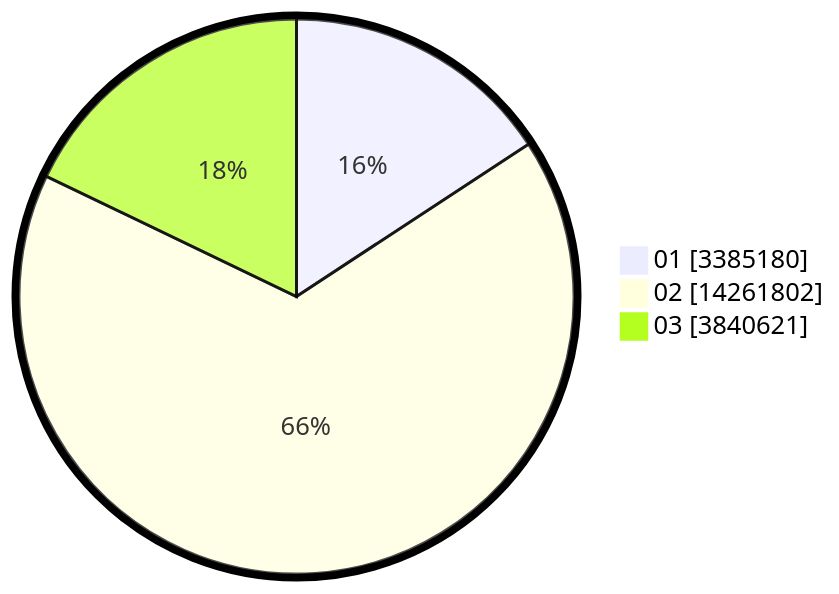
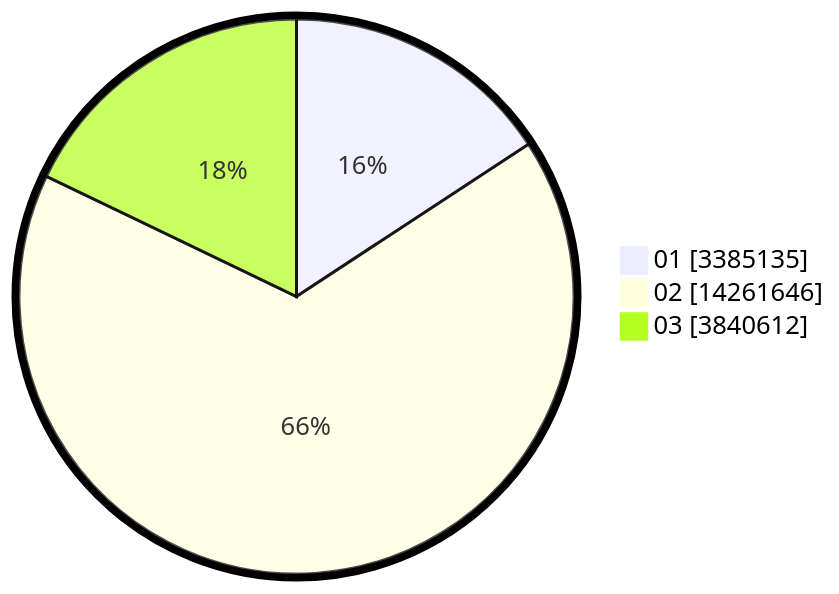
Before and after one commit to gigit-pemilu/pemilu-2024: the second of 2 diagrams in pilpres/hitung-suara/sub/table-wilayah-35.md, drawn with Mermaid. The commit also changed other lines of this file and 10 other files, not shown here.

````diff
--- a/pilpres/hitung-suara/sub/table-wilayah-35.md
+++ b/pilpres/hitung-suara/sub/table-wilayah-35.md
@@ -15,7 +15,7 @@
 ```mermaid
 %%{init: {"pie": {"textPosition": 0.5}, "themeVariables": {"pieOuterStrokeWidth": "5px"}} }%%
 pie showData
-    "01" : 3385180
-    "02" : 14261802
-    "03" : 3840621
+    "01" : 3385135
+    "02" : 14261646
+    "03" : 3840612
 ```
````
